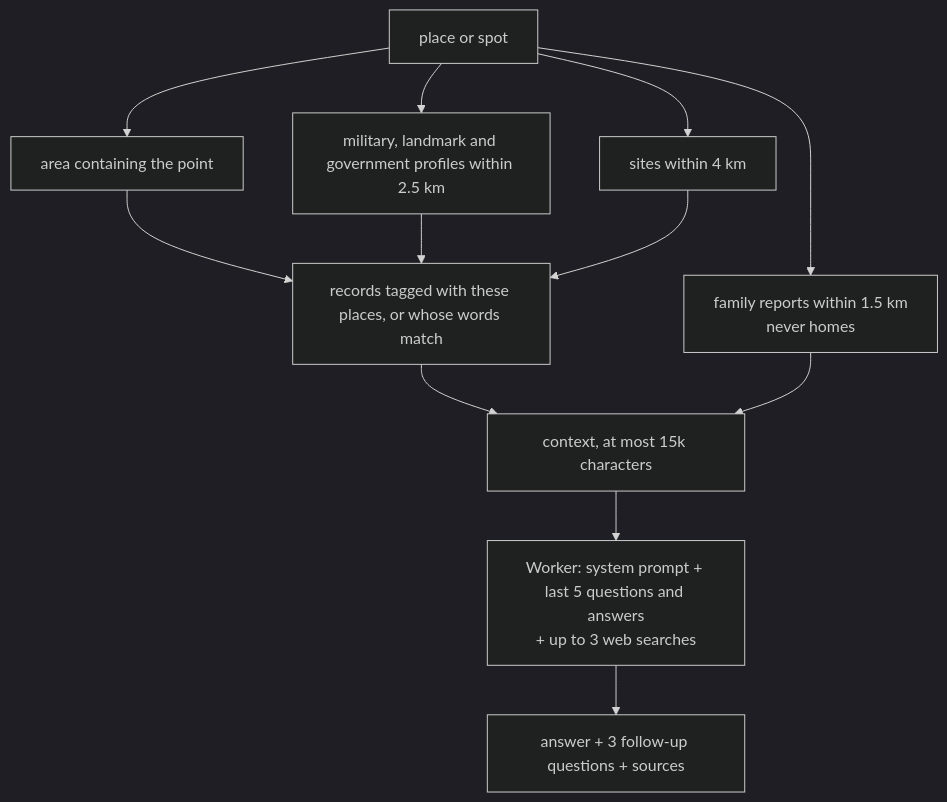
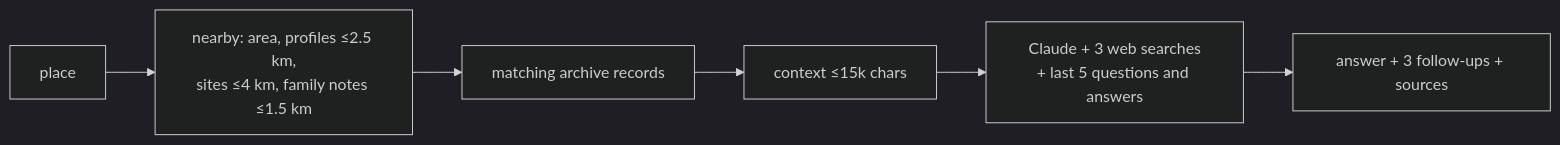
Before and after one commit to gelnagar/libya-project: the fourth of 4 diagrams in README.md, drawn with Mermaid (dark theme). The commit also changed other lines of this file, not shown here.

First line of the commit message:
README: flatter diagrams

````diff
--- a/README.md
+++ b/README.md
@@ -112,11 +106,8 @@
 ```mermaid
-flowchart TD
-  P[place or spot] --> A1[area containing the point]
-  P --> A2[military, landmark and government profiles within 2.5 km]
-  P --> S[sites within 4 km]
-  A1 & A2 & S --> RC[records tagged with these places, or whose words match]
-  P --> FR[family reports within 1.5 km<br/>never homes]
-  RC & FR --> CTX[context, at most 15k characters]
-  CTX --> W[Worker: system prompt + last 5 questions and answers<br/>+ up to 3 web searches]
-  W --> ANS[answer + 3 follow-up questions + sources]
+flowchart LR
+  P[place] --> N["nearby: area, profiles ≤2.5 km,<br/>sites ≤4 km, family notes ≤1.5 km"]
+  N --> R[matching archive records]
+  R --> C[context ≤15k chars]
+  C --> W["Claude + 3 web searches<br/>+ last 5 questions and answers"]
+  W --> A[answer + 3 follow-ups + sources]
 ```
````
